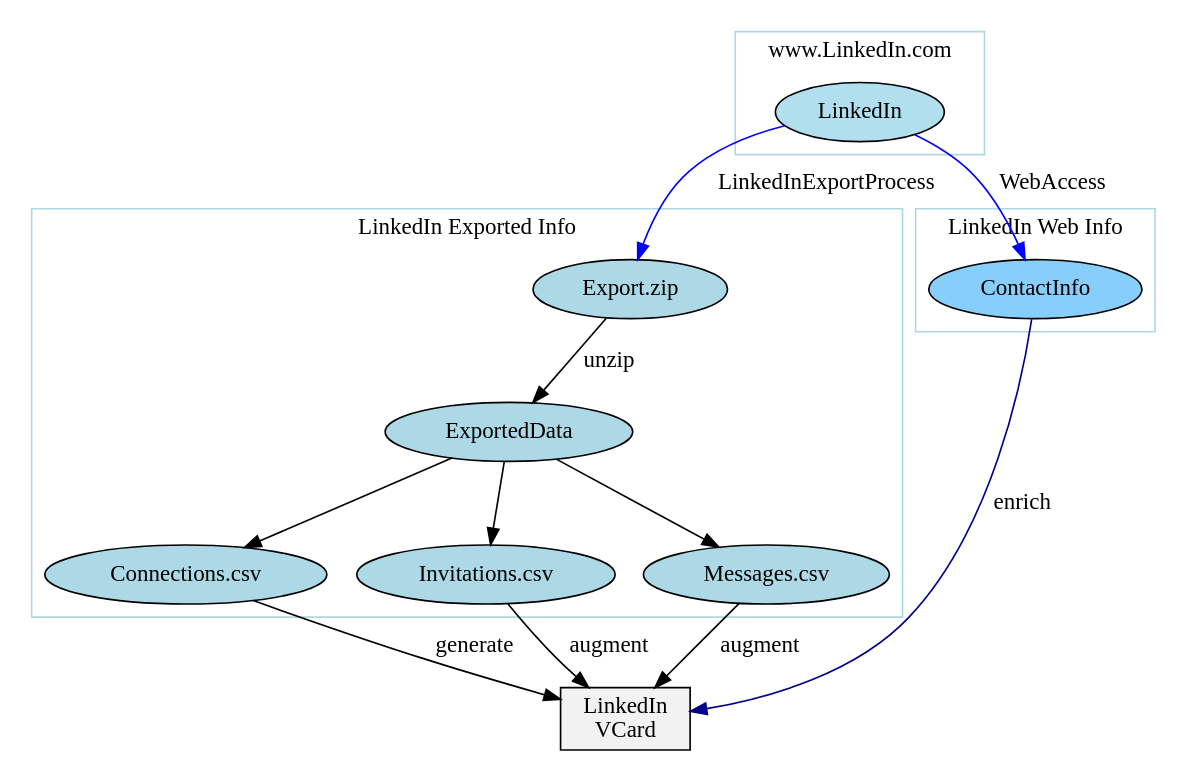
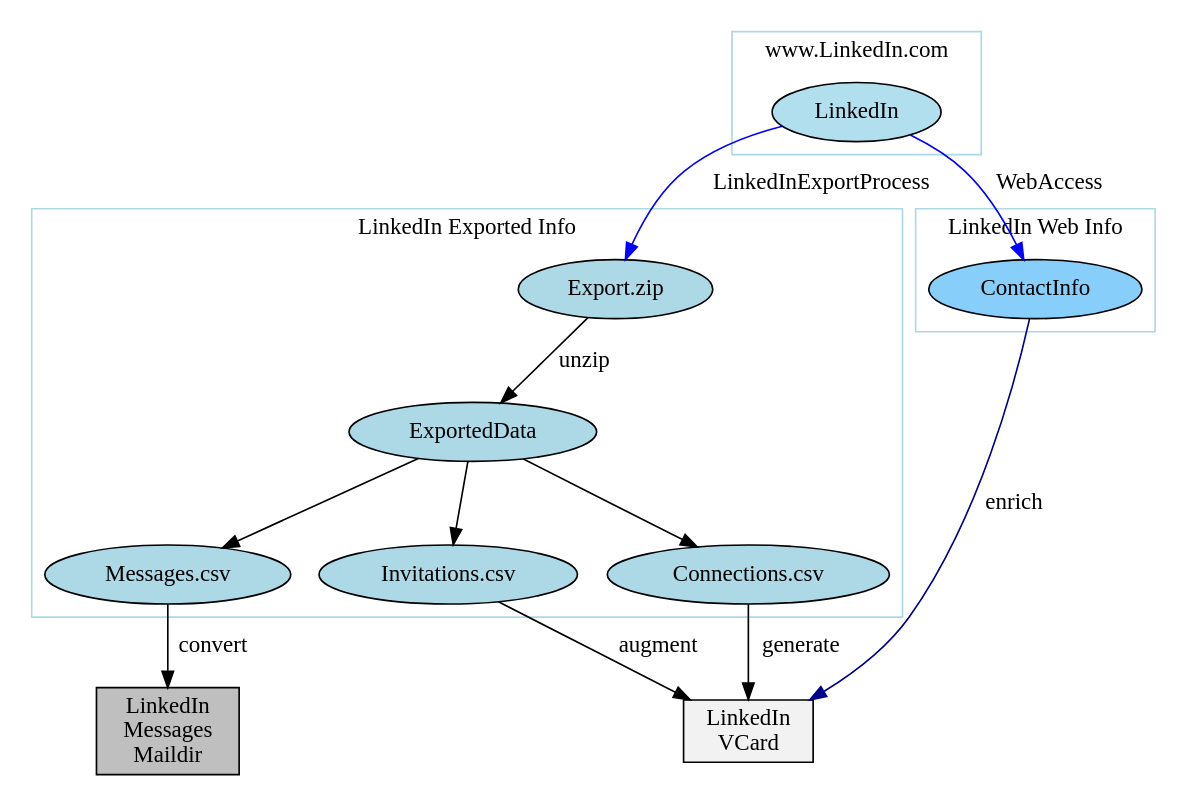
Before and after one commit to bisos-pip/linkedinvcard: the diagram in py3/images/exportedPlusWebCons.gv, drawn with Graphviz. The commit also changed 34 other files, not shown here.

```diff
--- a/py3/images/exportedPlusWebCons.gv
+++ b/py3/images/exportedPlusWebCons.gv
@@ -1,101 +1,110 @@
 digraph {
-	graph [bb="0,0,700,446"];
+	graph [bb="0,0,700,461"];
 	node [label="\N"];
 	subgraph cluster_linkedin {
-		graph [bb="436,363,588,438",
+		graph [bb="434,378,586,453",
 			color=lightblue,
 			label="www.LinkedIn.com",
 			lheight=0.21,
-			lp="512,426.5",
+			lp="510,441.5",
 			lwidth=1.89
 		];
 		LinkedIn	[fillcolor=lightblue2,
 			height=0.5,
-			pos="512,389",
+			pos="510,404",
 			style=filled,
 			width=1.4263];
 	}
 	subgraph cluster_exported {
-		graph [bb="8,81,538,330",
+		graph [bb="8,96,538,345",
 			color=lightblue,
 			label="LinkedIn Exported Info",
 			lheight=0.21,
-			lp="273,318.5",
+			lp="273,333.5",
 			lwidth=2.31
 		];
 		"Export.zip"	[fillcolor=lightblue,
 			height=0.5,
-			pos="372,281",
+			pos="363,296",
 			style=filled,
 			width=1.6429];
 		ExportedData	[fillcolor=lightblue,
 			height=0.5,
-			pos="298,194",
+			pos="277,209",
 			style=filled,
 			width=2.0943];
 		"Export.zip" -> ExportedData	[label=unzip,
-			lp="359,237.5",
-			pos="e,312.59,211.76 357.38,263.21 346.54,250.75 331.58,233.57 319.39,219.57"];
+			lp="345,252.5",
+			pos="e,293.82,226.63 346.42,278.61 333.53,265.88 315.48,248.03 301.02,233.74"];
 		"Connections.csv"	[fillcolor=lightblue,
 			height=0.5,
-			pos="102,107",
+			pos="444,122",
 			style=filled,
 			width=2.3831];
-		ExportedData -> "Connections.csv"	[pos="e,137.57,123.42 263.41,178 231.06,163.97 182.57,142.94 147.18,127.59"];
+		ExportedData -> "Connections.csv"	[pos="e,412.71,138.92 307.63,192.41 334.57,178.7 373.97,158.65 403.5,143.61"];
 		"Invitations.csv"	[fillcolor=lightblue,
 			height=0.5,
-			pos="284,107",
+			pos="262,122",
 			style=filled,
 			width=2.1845];
-		ExportedData -> "Invitations.csv"	[pos="e,286.83,125.18 295.17,175.8 293.25,164.16 290.68,148.55 288.49,135.24"];
+		ExportedData -> "Invitations.csv"	[pos="e,265.03,140.18 273.96,190.8 271.91,179.16 269.16,163.55 266.81,150.24"];
 		"Messages.csv"	[fillcolor=lightblue,
 			height=0.5,
-			pos="455,107",
+			pos="91,122",
 			style=filled,
 			width=2.0762];
-		ExportedData -> "Messages.csv"	[pos="e,425.99,123.7 327.16,177.21 352.5,163.49 389.36,143.54 417,128.57"];
+		ExportedData -> "Messages.csv"	[pos="e,124.28,138.21 243.75,192.8 213.03,178.77 167.23,157.84 133.79,142.56"];
 	}
 	subgraph cluster_web {
-		graph [bb="546,255,692,330",
+		graph [bb="546,270,692,345",
 			color=lightblue,
 			label="LinkedIn Web Info",
 			lheight=0.21,
-			lp="619,318.5",
+			lp="619,333.5",
 			lwidth=1.81
 		];
 		ContactInfo	[fillcolor=lightskyblue,
 			height=0.5,
-			pos="619,281",
+			pos="619,296",
 			style=filled,
 			width=1.8054];
 	}
 	LinkedIn -> "Export.zip"	[color=blue,
 		label=LinkedInExportProcess,
-		lp="491.5,345.5",
-		pos="e,376.53,298.97 466.4,380.69 446.65,375.63 424.35,367.14 408,353 394.58,341.39 385.57,323.57 379.92,308.69"];
+		lp="488.5,360.5",
+		pos="e,369.01,314 464.65,395.34 444.73,390.21 422.04,381.76 405,368 390.56,356.34 379.97,338.29 373.04,323.3"];
 	LinkedIn -> ContactInfo	[color=blue,
 		label=WebAccess,
-		lp="629.5,345.5",
-		pos="e,612.71,299.01 545.47,375.19 557.04,369.62 569.48,362.22 579,353 591.88,340.52 601.81,323 608.56,308.48"];
+		lp="627.5,360.5",
+		pos="e,611.92,313.97 542.81,389.94 554.2,384.34 566.48,377 576,368 589.41,355.34 600.15,337.59 607.55,323.01"];
 	VCard	[fillcolor=gray95,
 		height=0.52778,
 		label="LinkedIn
 VCard",
-		pos="369,19",
+		pos="444,26.5",
 		shape=box,
 		style=filled,
 		width=1.0972];
 	"Connections.csv" -> VCard	[label=generate,
-		lp="277,63.5",
-		pos="e,329.46,30.892 142.79,91.08 171.29,80.818 210.3,67.093 245,56 269.46,48.18 296.86,40.15 319.66,33.664"];
+		lp="476,78.5",
+		pos="e,444,45.819 444,103.85 444,90.486 444,71.639 444,56.014"];
 	"Invitations.csv" -> VCard	[label=augment,
-		lp="359,63.5",
-		pos="e,346.64,38.077 297.34,89.228 305.54,79.245 316.47,66.516 327,56 330.73,52.279 334.79,48.5 338.86,44.858"];
-	"Messages.csv" -> VCard	[label=augment,
-		lp="451,63.5",
-		pos="e,387.02,38.015 438.42,89.418 425.87,76.866 408.41,59.409 394.14,45.142"];
+		lp="390,78.5",
+		pos="e,408.76,45.604 292.46,105.35 321.78,90.287 366.45,67.339 399.71,50.256"];
+	Maildir	[fillcolor=gray75,
+		height=0.73611,
+		label="LinkedIn
+Messages
+Maildir",
+		pos="91,26.5",
+		shape=box,
+		style=filled,
+		width=1.2083];
+	"Messages.csv" -> Maildir	[label=convert,
+		lp="118.5,78.5",
+		pos="e,91,53.007 91,103.85 91,92.508 91,77.215 91,63.295"];
 	ContactInfo -> VCard	[color=darkblue,
 		label=enrich,
-		lp="611,150.5",
-		pos="e,408.61,23.617 616.77,262.77 611.07,225.12 592.61,134.6 542,81 509.79,46.882 457.35,31.831 418.64,25.2"];
+		lp="606,165.5",
+		pos="e,481.38,45.562 615.46,277.89 607.33,241.61 584.67,155.43 542,96 528.62,77.367 508.54,62.056 490.02,50.673"];
 }
```
